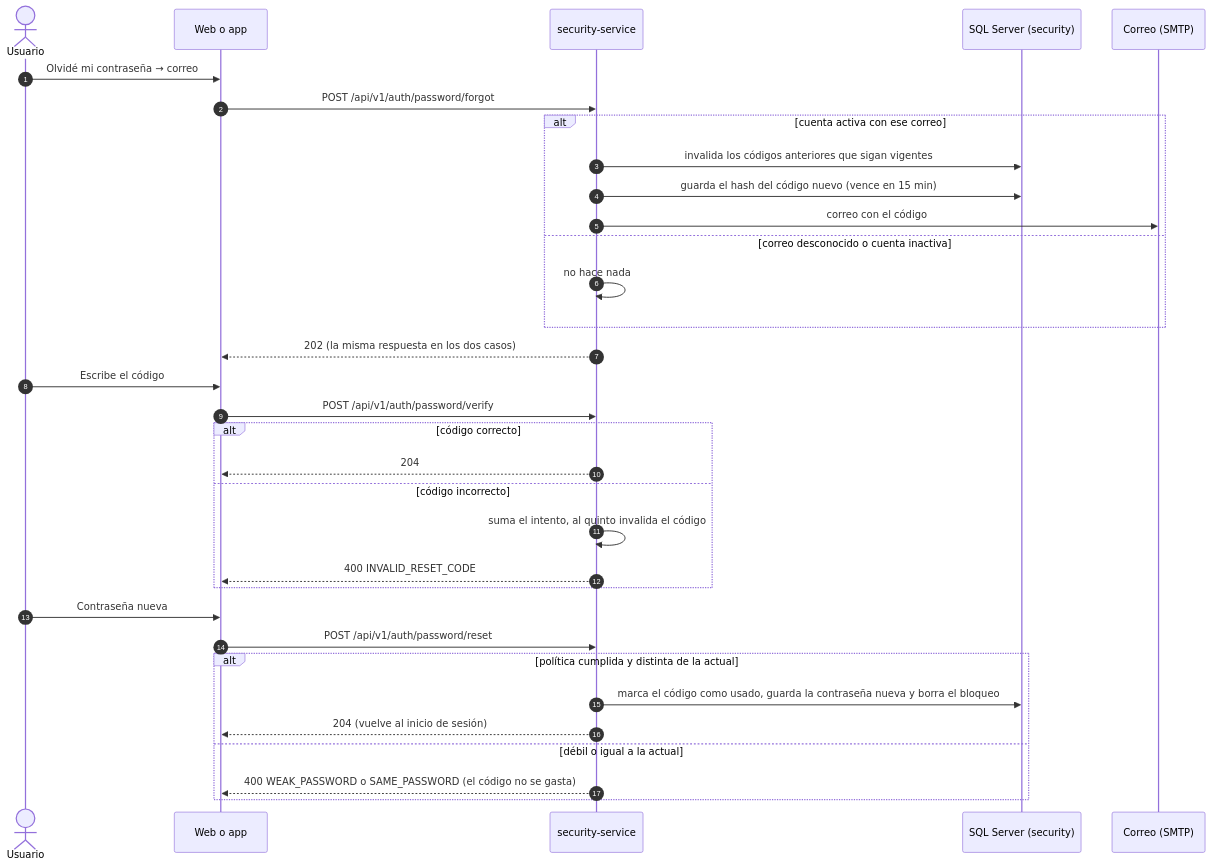
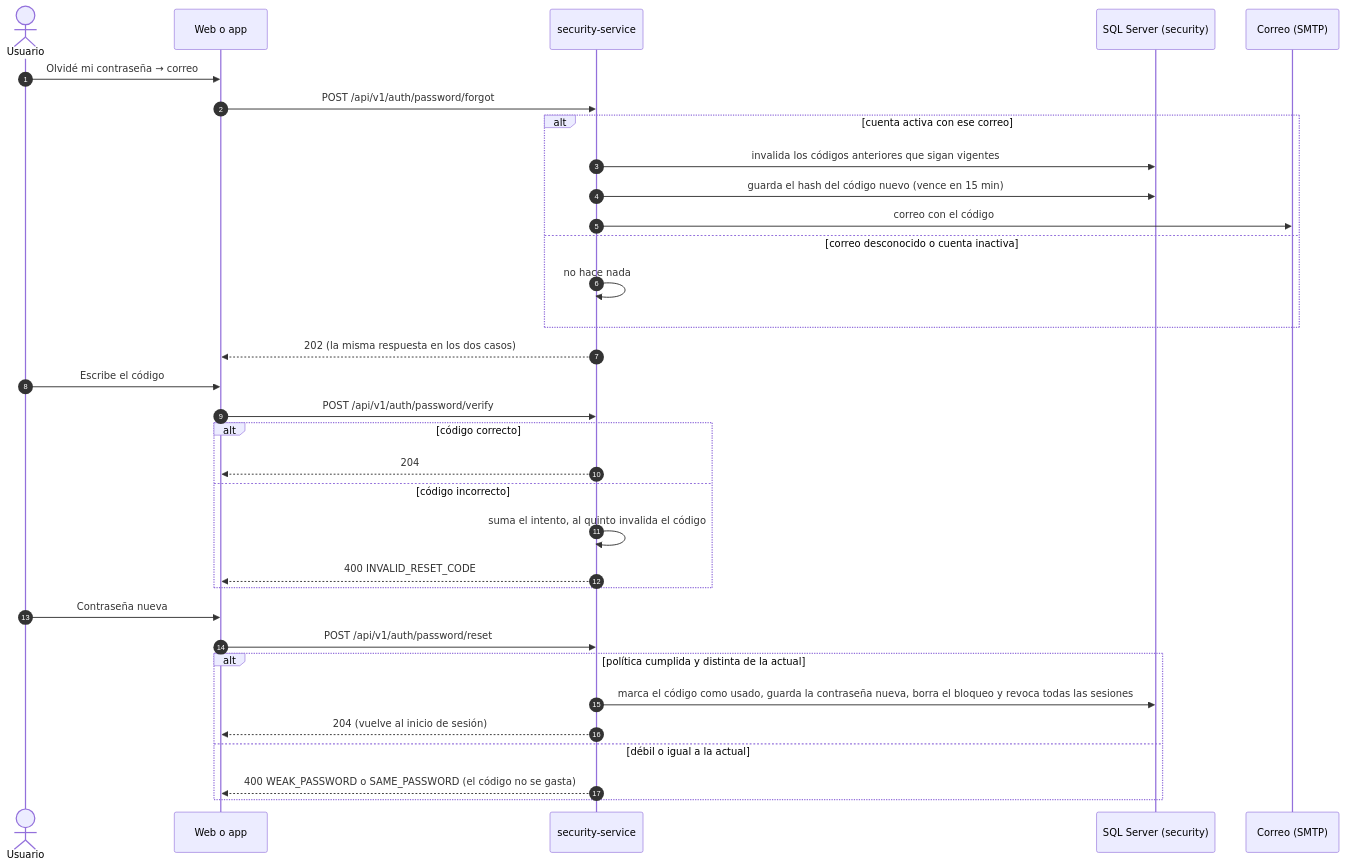
Before and after one commit to BrayanCABRERA123/lavarapido-docs: diagram 14 of 26 in 02_DOCUMENTACION_DE_ANALISIS_DEL_SOFTWARE/ES/MD/documentacion-de-analisis-del-software.md, drawn with Mermaid. The commit also changed other lines of this file and 1 other file, not shown here.

````diff
--- a/02_DOCUMENTACION_DE_ANALISIS_DEL_SOFTWARE/ES/MD/documentacion-de-analisis-del-software.md
+++ b/02_DOCUMENTACION_DE_ANALISIS_DEL_SOFTWARE/ES/MD/documentacion-de-analisis-del-software.md
@@ -599,36 +599,36 @@
 ```mermaid
 sequenceDiagram
     autonumber
     actor U as Usuario
     participant W as Web o app
     participant S as security-service
     participant DB as SQL Server (security)
     participant M as Correo (SMTP)
 
     U->>W: Olvidé mi contraseña → correo
     W->>S: POST /api/v1/auth/password/forgot
     alt cuenta activa con ese correo
         S->>DB: invalida los códigos anteriores que sigan vigentes
         S->>DB: guarda el hash del código nuevo (vence en 15 min)
         S->>M: correo con el código
     else correo desconocido o cuenta inactiva
         S->>S: no hace nada
     end
     S-->>W: 202 (la misma respuesta en los dos casos)
     U->>W: Escribe el código
     W->>S: POST /api/v1/auth/password/verify
     alt código correcto
         S-->>W: 204
     else código incorrecto
         S->>S: suma el intento, al quinto invalida el código
         S-->>W: 400 INVALID_RESET_CODE
     end
     U->>W: Contraseña nueva
     W->>S: POST /api/v1/auth/password/reset
     alt política cumplida y distinta de la actual
-        S->>DB: marca el código como usado, guarda la contraseña nueva y borra el bloqueo
+        S->>DB: marca el código como usado, guarda la contraseña nueva, borra el bloqueo y revoca todas las sesiones
         S-->>W: 204 (vuelve al inicio de sesión)
     else débil o igual a la actual
         S-->>W: 400 WEAK_PASSWORD o SAME_PASSWORD (el código no se gasta)
     end
 ```
````
